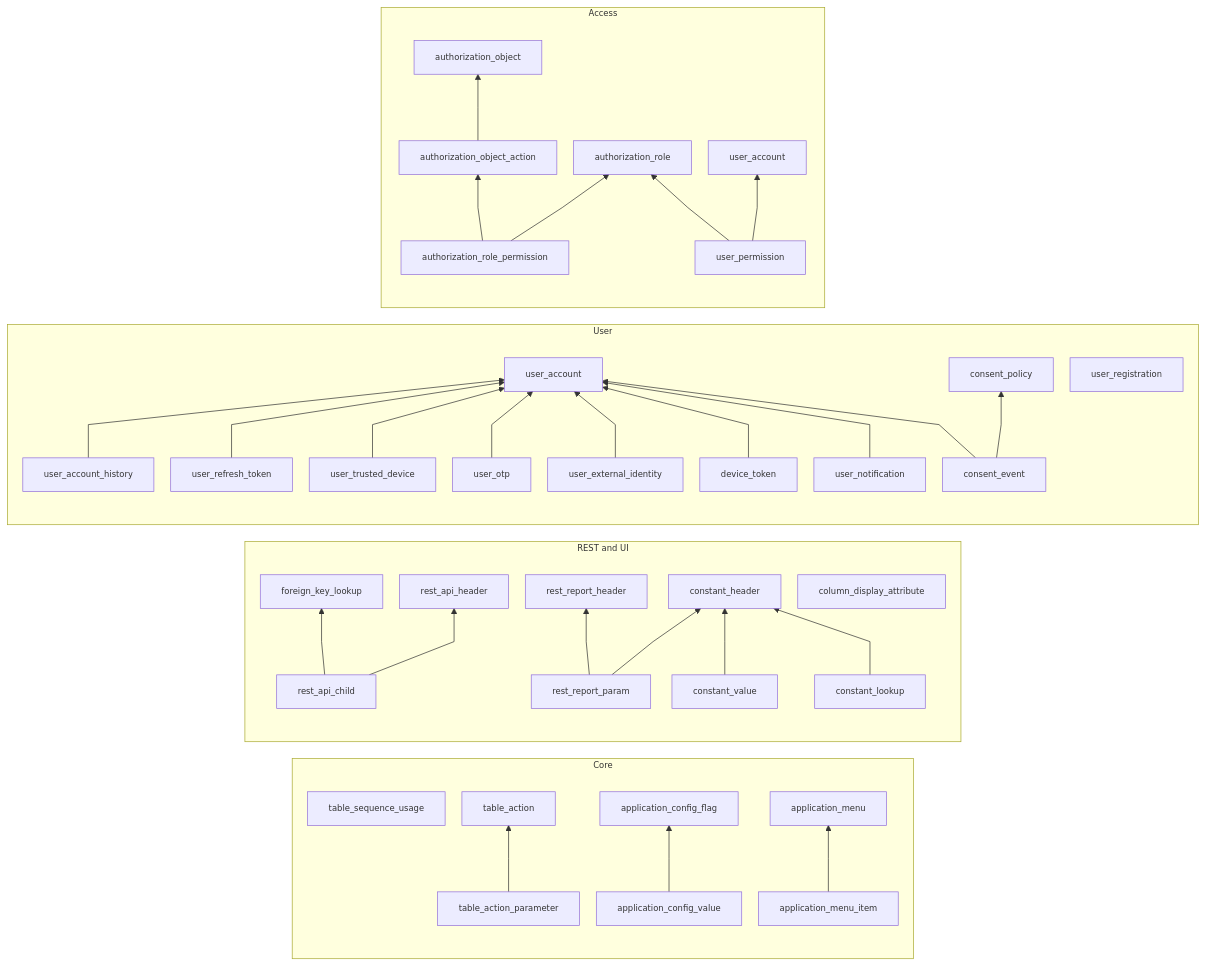
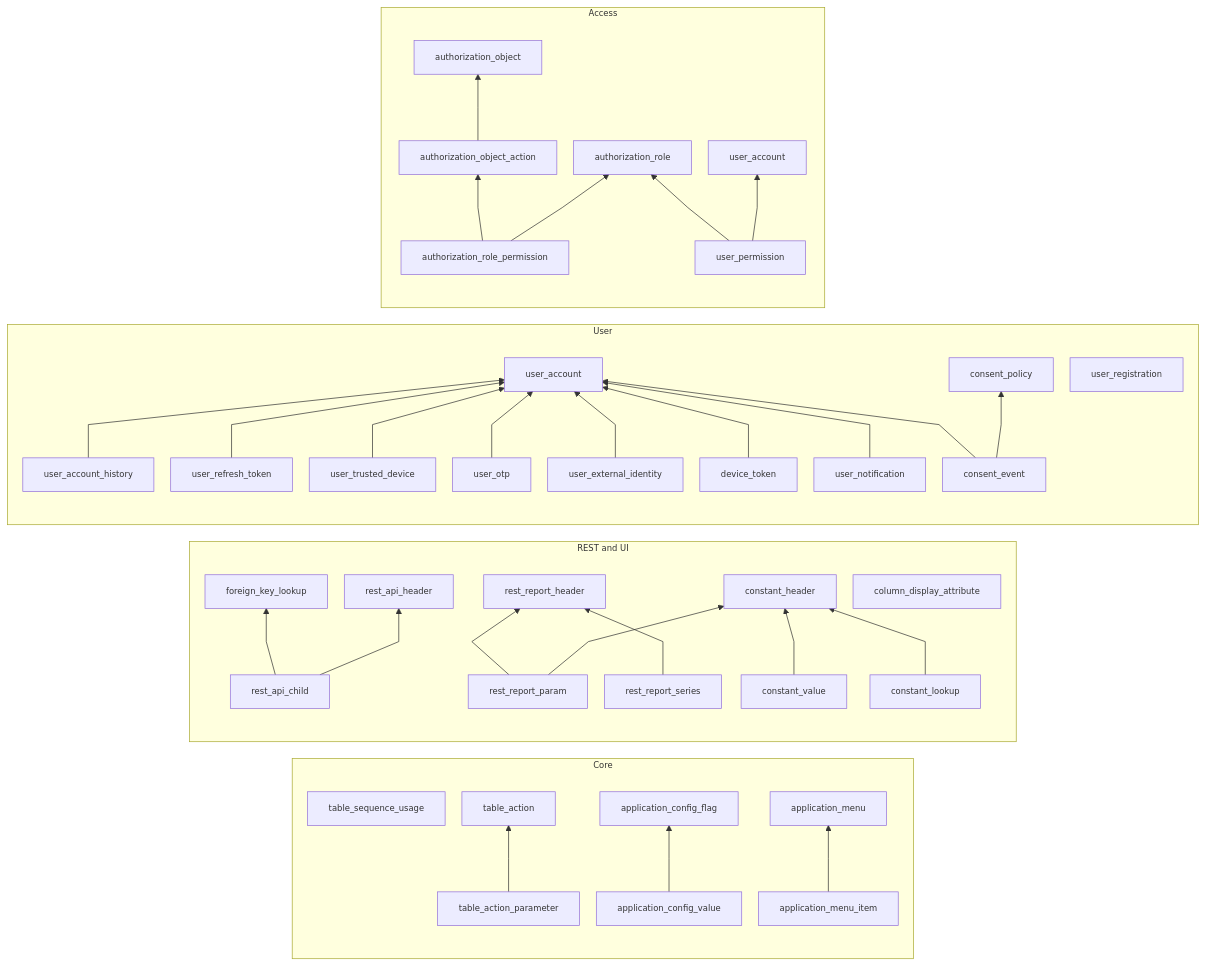
The first of 24 diagrams in doc/database.md (nauticana/keel), drawn with Mermaid before and after one commit. The commit also changed other lines of this file and 12 other files, not shown here.

Commit message:
Report charts

````diff
--- a/doc/database.md
+++ b/doc/database.md
@@ -23,77 +23,79 @@
 ```mermaid
 %%{init: {"flowchart": {"curve": "linear", "nodeSpacing": 24, "rankSpacing": 70, "diagramPadding": 12}, "themeVariables": {"fontSize": "12px"}}}%%
 flowchart RL
     subgraph core["Core"]
         direction BT
         table_sequence_usage["table_sequence_usage"]
         table_action["table_action"]
         table_action_parameter["table_action_parameter"]
         application_config_flag["application_config_flag"]
         application_config_value["application_config_value"]
         application_menu["application_menu"]
         application_menu_item["application_menu_item"]
     end
     table_action_parameter --> table_action
     application_config_value --> application_config_flag
     application_menu_item --> application_menu
 
     subgraph rest["REST and UI"]
         direction BT
         constant_header["constant_header"]
         constant_value["constant_value"]
         constant_lookup["constant_lookup"]
         foreign_key_lookup["foreign_key_lookup"]
         rest_api_header["rest_api_header"]
         rest_api_child["rest_api_child"]
         rest_report_header["rest_report_header"]
         rest_report_param["rest_report_param"]
+        rest_report_series["rest_report_series"]
         column_display_attribute["column_display_attribute"]
     end
     rest_api_child --> foreign_key_lookup
     rest_api_child --> rest_api_header
     rest_report_param --> rest_report_header
+    rest_report_series --> rest_report_header
     rest_report_param --> constant_header
     constant_value --> constant_header
     constant_lookup --> constant_header
 
     subgraph user["User"]
         direction BT
         user_account
         user_account_history
         user_registration
         user_refresh_token
         user_trusted_device
         user_otp
         user_external_identity
         device_token
         user_notification
         consent_policy
         consent_event
     end
 
     user_account_history --> user_account
     user_refresh_token --> user_account
     user_trusted_device --> user_account
     user_otp --> user_account
     user_external_identity --> user_account
     device_token --> user_account
     user_notification --> user_account
     consent_event --> consent_policy
     consent_event --> user_account
 
     subgraph access["Access"]
         direction BT
         authorization_object
         authorization_object_action
         authorization_role
         authorization_role_permission
         user_permission
         user_account2["user_account"]
     end
 
     authorization_object_action --> authorization_object
     authorization_role_permission --> authorization_role
     authorization_role_permission --> authorization_object_action
     user_permission --> user_account2
     user_permission --> authorization_role
 ```
````
